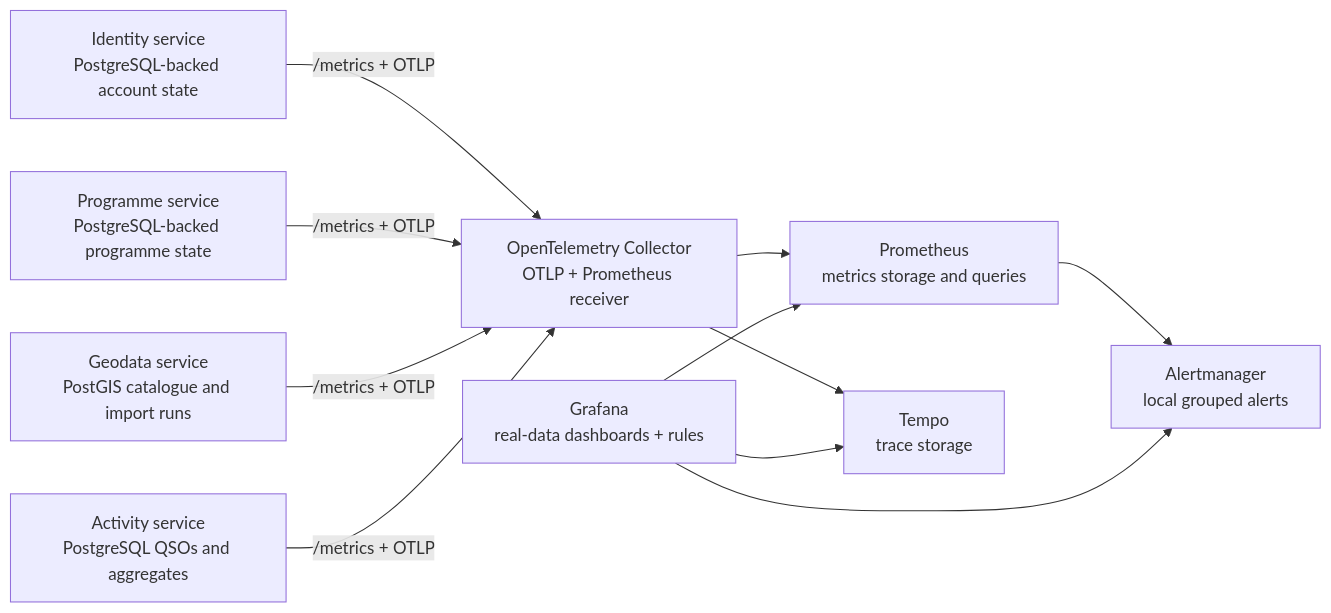
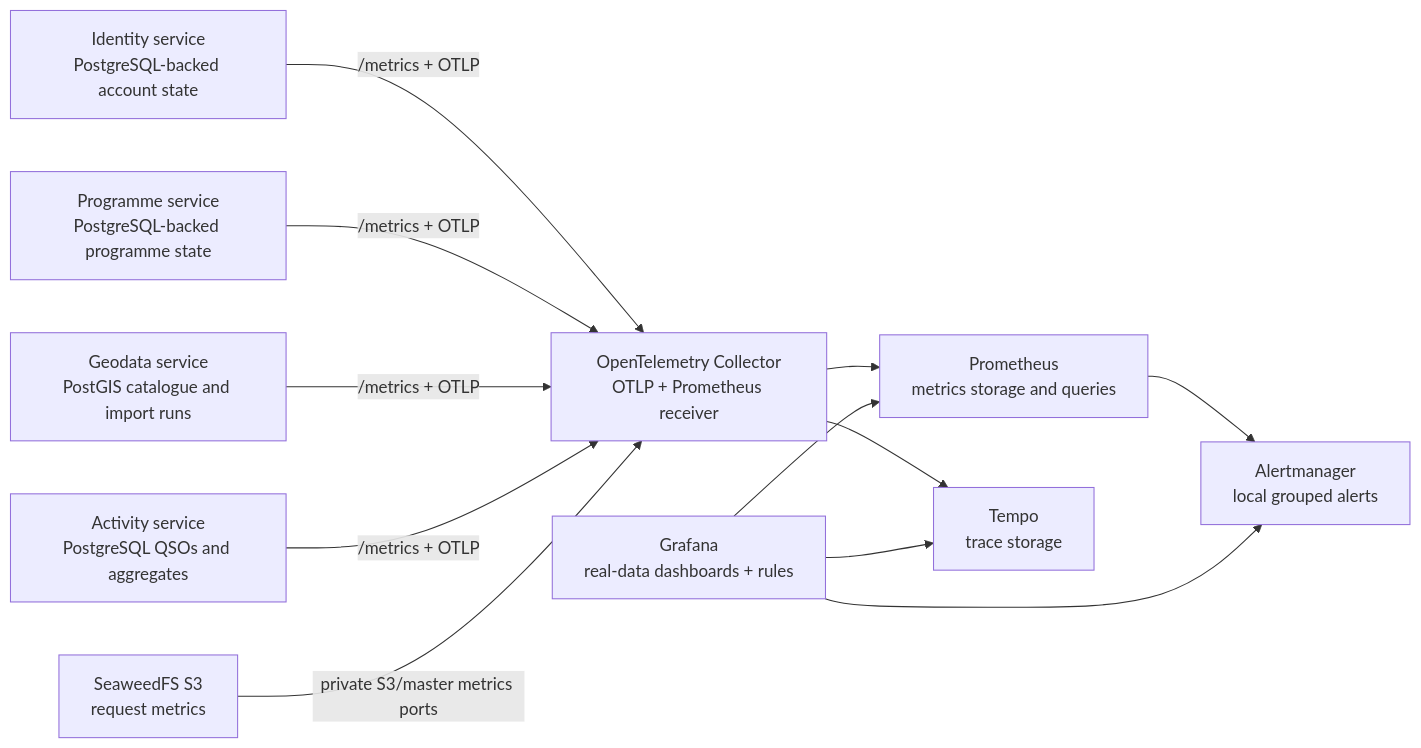
Before and after one commit to myota-platform/myota-docs: the diagram in docs/observability.md, drawn with Mermaid. The commit also changed other lines of this file and 5 other files, not shown here.

````diff
--- a/docs/observability.md
+++ b/docs/observability.md
@@ -35,22 +35,24 @@
 ```mermaid
 flowchart LR
   Identity[Identity service\nPostgreSQL-backed account state]
   Programmes[Programme service\nPostgreSQL-backed programme state]
   Geo[Geodata service\nPostGIS catalogue and import runs]
   Activity[Activity service\nPostgreSQL QSOs and aggregates]
+  Seaweed[SeaweedFS S3\nrequest metrics]
   Collector[OpenTelemetry Collector\nOTLP + Prometheus receiver]
   Prometheus[Prometheus\nmetrics storage and queries]
   Grafana[Grafana\nreal-data dashboards + rules]
   Alertmanager[Alertmanager\nlocal grouped alerts]
   Tempo[Tempo\ntrace storage]
   Identity -->|/metrics + OTLP| Collector
   Programmes -->|/metrics + OTLP| Collector
   Geo -->|/metrics + OTLP| Collector
   Activity -->|/metrics + OTLP| Collector
+  Seaweed -->|private S3/master metrics ports| Collector
   Collector --> Prometheus
   Collector --> Tempo
   Grafana --> Prometheus
   Grafana --> Tempo
   Prometheus --> Alertmanager
   Grafana --> Alertmanager
 ```
````
